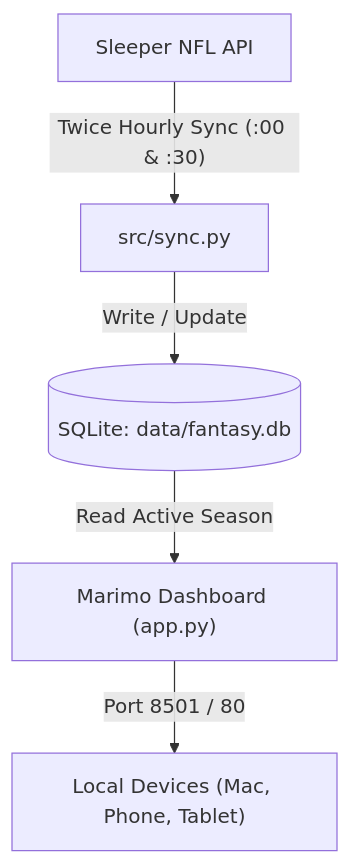
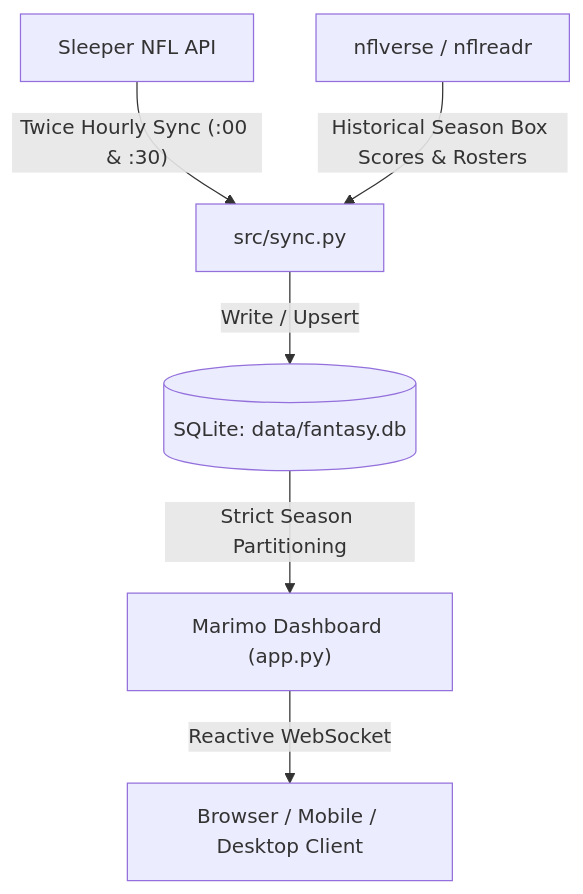
The first of 2 diagrams in README.md (Sunkarr/NFL-Fantasy-Dashboard), drawn with Mermaid before and after one commit. The commit also changed other lines of this file and 9 other files, not shown here.

Commit message:
feat: multi-season player profiles, dynamic franchise badges, trade value model & auto-sync

````diff
--- a/README.md
+++ b/README.md
@@ -20,7 +73,8 @@
 ```mermaid
 flowchart TD
-    SleeperAPI["Sleeper NFL API"] -->|"Twice Hourly Sync (:00 & :30)"| Sync["src/sync.py"]
-    Sync -->|"Write / Update"| DB[("SQLite: data/fantasy.db")]
-    DB -->|"Read Active Season"| Marimo["Marimo Dashboard (app.py)"]
-    Marimo -->|"Port 8501 / 80"| Client["Local Devices (Mac, Phone, Tablet)"]
+    Sleeper["Sleeper NFL API"] -->|"Twice Hourly Sync (:00 & :30)"| Sync["src/sync.py"]
+    NFLVerse["nflverse / nflreadr"] -->|"Historical Season Box Scores & Rosters"| Sync
+    Sync -->|"Write / Upsert"| DB[("SQLite: data/fantasy.db")]
+    DB -->|"Strict Season Partitioning"| App["Marimo Dashboard (app.py)"]
+    App -->|"Reactive WebSocket"| UI["Browser / Mobile / Desktop Client"]
 ```
````
